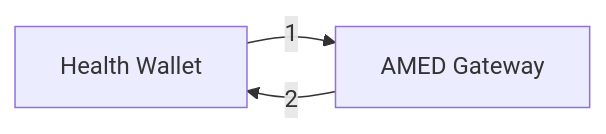
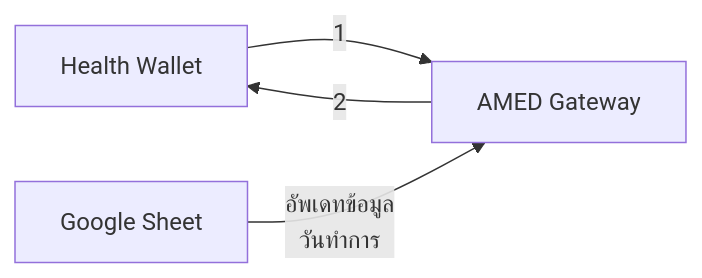
Before and after one commit to lionants02/public: the second of 5 diagrams in ktb-amed/README.md, drawn with Mermaid.

Commit message:
update flow

````diff
--- a/ktb-amed/README.md
+++ b/ktb-amed/README.md
@@ -43,8 +43,11 @@
 ```mermaid
 flowchart LR
     hw["Health Wallet"]
     gw["AMED Gateway"]
+    sheet["Google Sheet"]
 
     hw -->|"1"| gw
     gw -->|"2"| hw
+
+    sheet -->|"อัพเดทข้อมูล <br>วันทำการ"| gw
 ```
````
